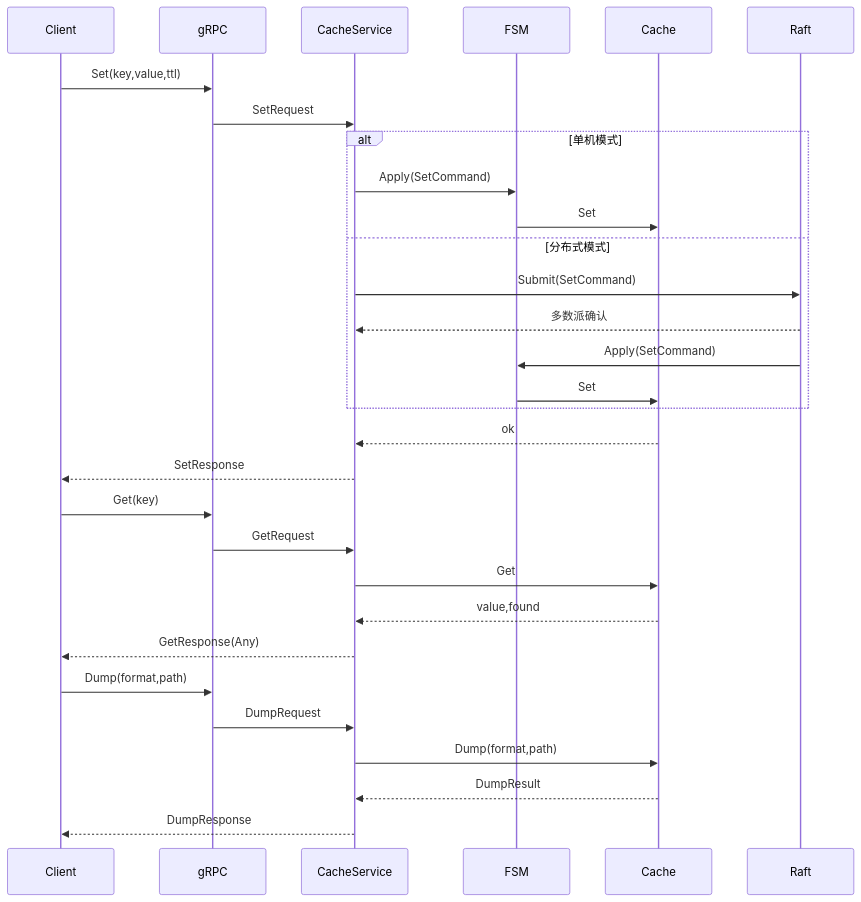
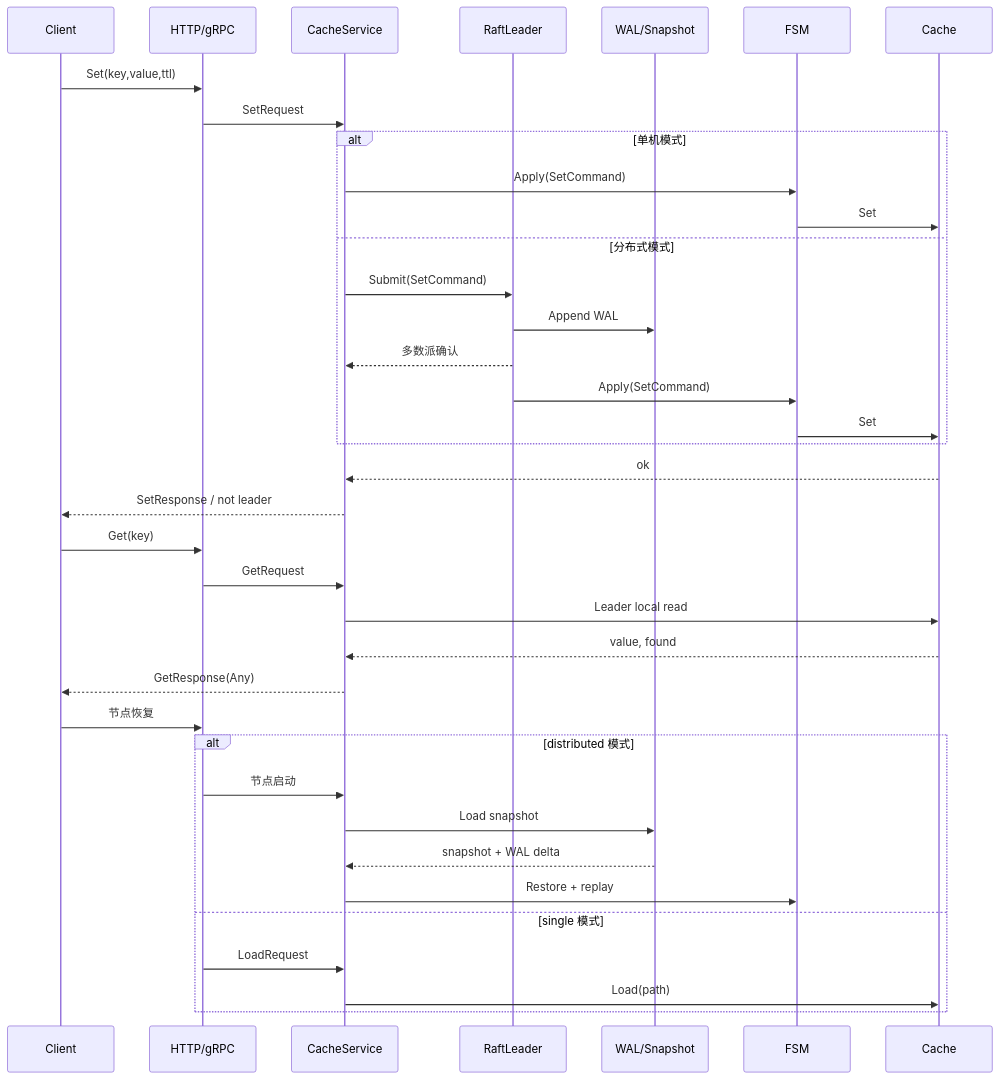
One commit to lushenle/simple-cache changed the second of 2 diagrams in docs/architecture.md. Above: the diagram before and after it, drawn with Mermaid. The commit also changed other lines of this file and 44 other files, not shown here.

````diff
--- a/docs/architecture.md
+++ b/docs/architecture.md
@@ -49,34 +57,42 @@
 ```mermaid
 sequenceDiagram
   participant Client
-  participant gRPC
+  participant Gateway as HTTP/gRPC
   participant CacheService
+  participant RaftLeader
+  participant Storage as WAL/Snapshot
   participant FSM
   participant Cache
 
-  Client->>gRPC: Set(key,value,ttl)
-  gRPC->>CacheService: SetRequest
+  Client->>Gateway: Set(key,value,ttl)
+  Gateway->>CacheService: SetRequest
   alt 单机模式
     CacheService->>FSM: Apply(SetCommand)
     FSM->>Cache: Set
   else 分布式模式
-    CacheService->>Raft: Submit(SetCommand)
-    Raft-->>CacheService: 多数派确认
-    Raft->>FSM: Apply(SetCommand)
+    CacheService->>RaftLeader: Submit(SetCommand)
+    RaftLeader->>Storage: Append WAL
+    RaftLeader-->>CacheService: 多数派确认
+    RaftLeader->>FSM: Apply(SetCommand)
     FSM->>Cache: Set
   end
   Cache-->>CacheService: ok
-  CacheService-->>Client: SetResponse
+  CacheService-->>Client: SetResponse / not leader
 
-  Client->>gRPC: Get(key)
-  gRPC->>CacheService: GetRequest
-  CacheService->>Cache: Get
-  Cache-->>CacheService: value,found
+  Client->>Gateway: Get(key)
+  Gateway->>CacheService: GetRequest
+  CacheService->>Cache: Leader local read
+  Cache-->>CacheService: value, found
   CacheService-->>Client: GetResponse(Any)
 
-  Client->>gRPC: Dump(format,path)
-  gRPC->>CacheService: DumpRequest
-  CacheService->>Cache: Dump(format,path)
-  Cache-->>CacheService: DumpResult
-  CacheService-->>Client: DumpResponse
+  Client->>Gateway: 节点恢复
+  alt distributed 模式
+    Gateway->>CacheService: 节点启动
+    CacheService->>Storage: Load snapshot
+    Storage-->>CacheService: snapshot + WAL delta
+    CacheService->>FSM: Restore + replay
+  else single 模式
+    Gateway->>CacheService: LoadRequest
+    CacheService->>Cache: Load(path)
+  end
 ```
````
